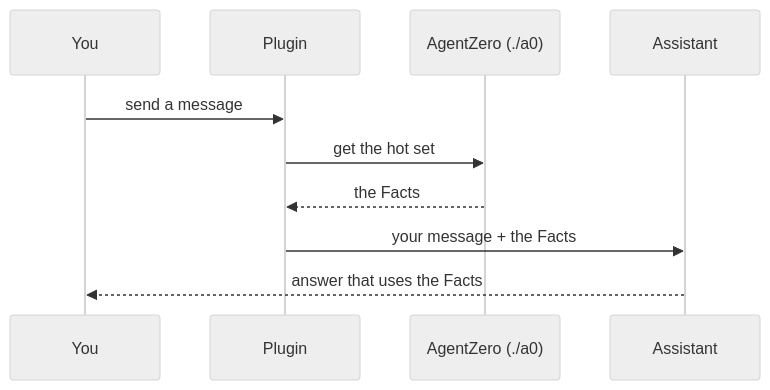
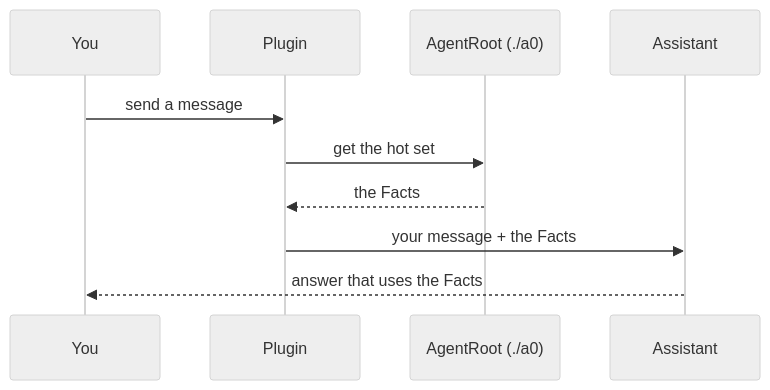
The first of 2 diagrams in README.md (jesselei1102-hue/agentroot-claude-mod), drawn with Mermaid (neutral theme) before and after one commit. The commit also changed other lines of this file and 2 other files, not shown here.

First line of the commit message:
Docs: AgentRoot and /agentroot in both READMEs; the HUD in plain words; changelog for the rename

````diff
--- a/README.md
+++ b/README.md
@@ -66,12 +67,12 @@
 ```mermaid
 sequenceDiagram
     participant You
     participant Plugin
-    participant AgentZero as AgentZero (./a0)
+    participant AgentRoot as AgentRoot (./a0)
     participant Assistant
     You->>Plugin: send a message
-    Plugin->>AgentZero: get the hot set
-    AgentZero-->>Plugin: the Facts
+    Plugin->>AgentRoot: get the hot set
+    AgentRoot-->>Plugin: the Facts
     Plugin->>Assistant: your message + the Facts
     Assistant-->>You: answer that uses the Facts
 ```
````
